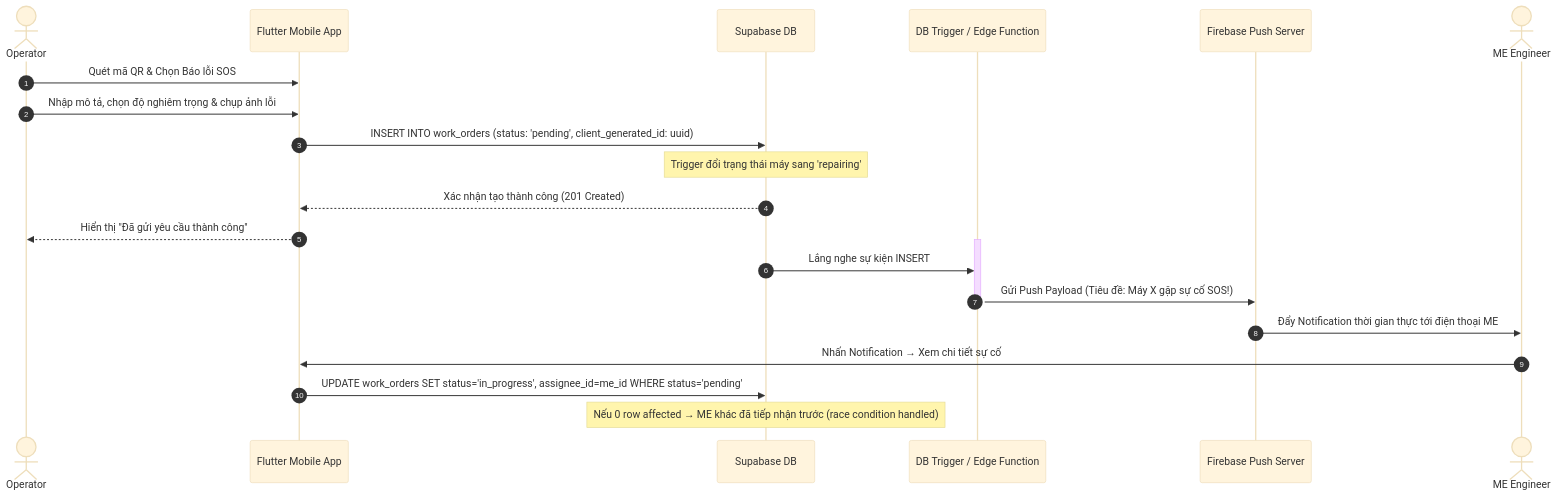
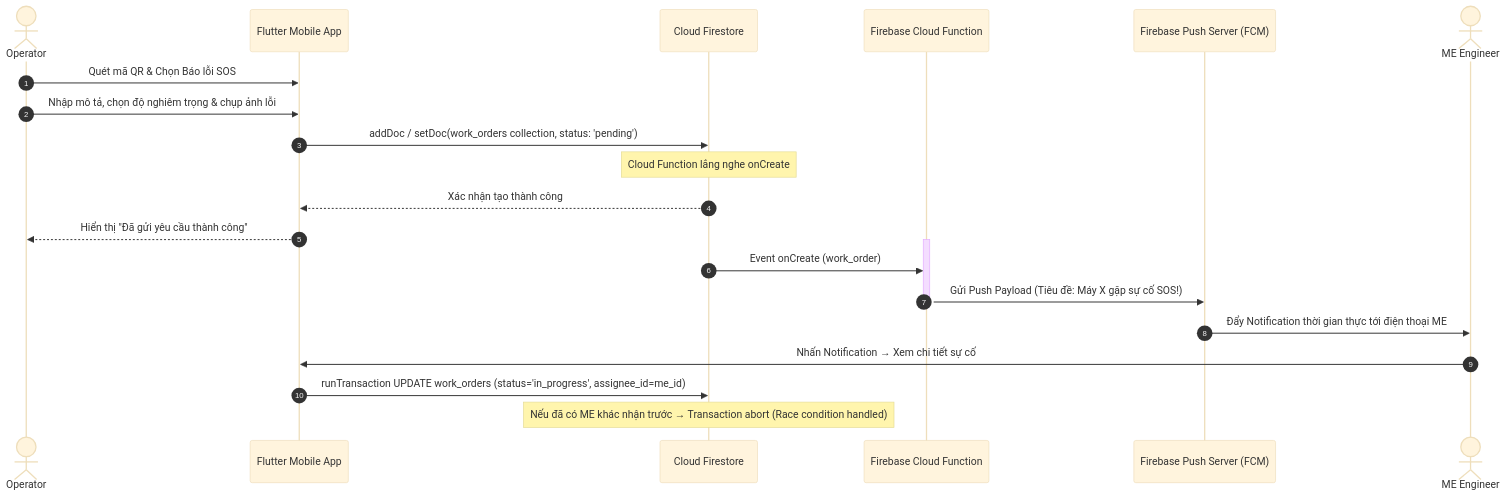
One commit to pvduy23052005/cse441-mobile-asset-track changed the fourth of 12 diagrams in system_design.md. Above: the diagram before and after it, drawn with Mermaid (base theme). The commit also changed other lines of this file and 4 other files, not shown here.

Commit message:
feat: update Firebase SAD architecture, Firestore NoSQL data model, and flexible PM UI

````diff
--- a/system_design.md
+++ b/system_design.md
@@ -145,26 +145,26 @@
 ```mermaid
 sequenceDiagram
     autonumber
     actor OP as Operator
     participant App as Flutter Mobile App
-    participant DB as Supabase DB
-    participant Trigger as DB Trigger / Edge Function
-    participant FCM as Firebase Push Server
+    participant DB as Cloud Firestore
+    participant Function as Firebase Cloud Function
+    participant FCM as Firebase Push Server (FCM)
     actor ME as ME Engineer
 
     OP->>App: Quét mã QR & Chọn Báo lỗi SOS
     OP->>App: Nhập mô tả, chọn độ nghiêm trọng & chụp ảnh lỗi
-    App->>DB: INSERT INTO work_orders (status: 'pending', client_generated_id: uuid)
-    Note over DB: Trigger đổi trạng thái máy sang 'repairing'
-    DB-->>App: Xác nhận tạo thành công (201 Created)
+    App->>DB: addDoc / setDoc(work_orders collection, status: 'pending')
+    Note over DB: Cloud Function lắng nghe onCreate
+    DB-->>App: Xác nhận tạo thành công
     App-->>OP: Hiển thị "Đã gửi yêu cầu thành công"
 
-    activate Trigger
-    DB->>Trigger: Lắng nghe sự kiện INSERT
-    Trigger->>FCM: Gửi Push Payload (Tiêu đề: Máy X gặp sự cố SOS!)
-    deactivate Trigger
+    activate Function
+    DB->>Function: Event onCreate (work_order)
+    Function->>FCM: Gửi Push Payload (Tiêu đề: Máy X gặp sự cố SOS!)
+    deactivate Function
     FCM->>ME: Đẩy Notification thời gian thực tới điện thoại ME
     ME->>App: Nhấn Notification → Xem chi tiết sự cố
-    App->>DB: UPDATE work_orders SET status='in_progress', assignee_id=me_id WHERE status='pending'
-    Note over DB: Nếu 0 row affected → ME khác đã tiếp nhận trước (race condition handled)
+    App->>DB: runTransaction UPDATE work_orders (status='in_progress', assignee_id=me_id)
+    Note over DB: Nếu đã có ME khác nhận trước → Transaction abort (Race condition handled)
 ```
````
